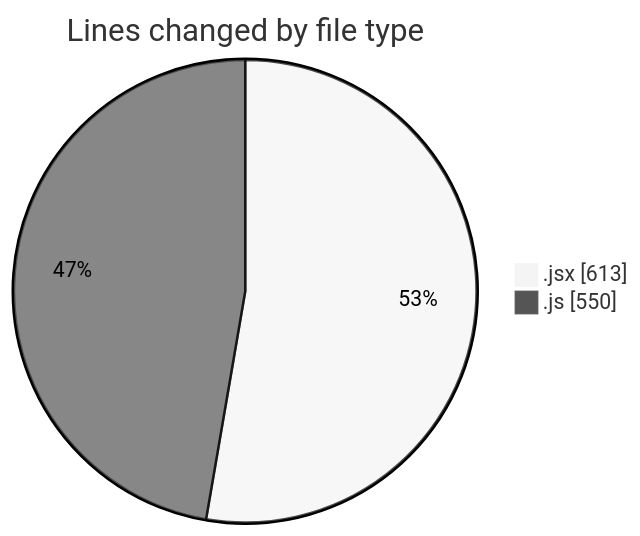
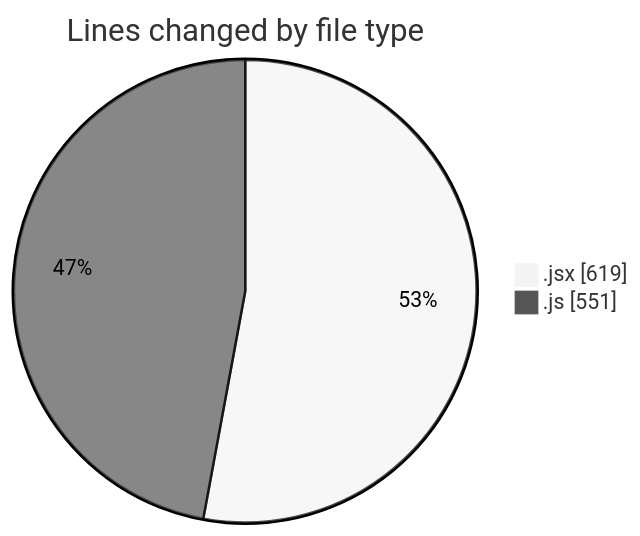
Before and after one commit to nxtqubesakshisongat/code-tracking: the first of 2 diagrams in 2025-11-14/argos/README.md, drawn with Mermaid (neutral theme). The commit also changed other lines of this file and 1 other file, not shown here.

````diff
--- a/2025-11-14/argos/README.md
+++ b/2025-11-14/argos/README.md
@@ -24,6 +24,6 @@
 ```mermaid
 pie showData
 title Lines changed by file type
-".jsx" : 613
-".js" : 550
+".jsx" : 619
+".js" : 551
 ```
````
